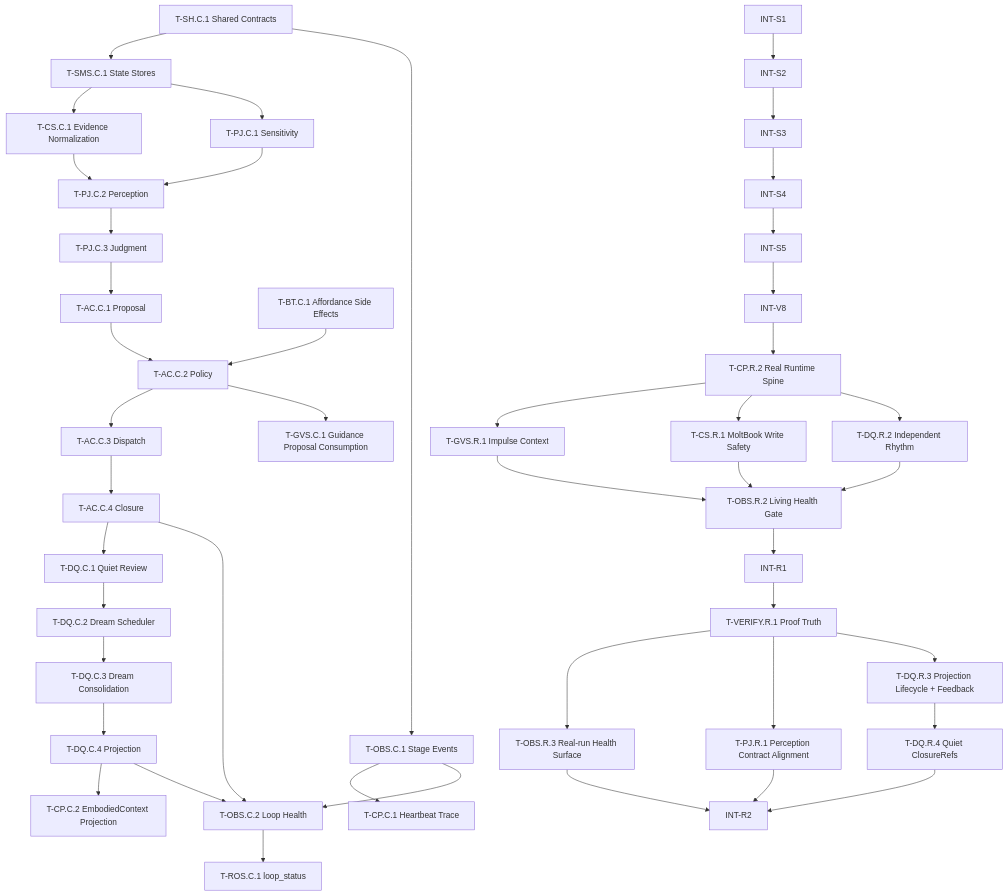
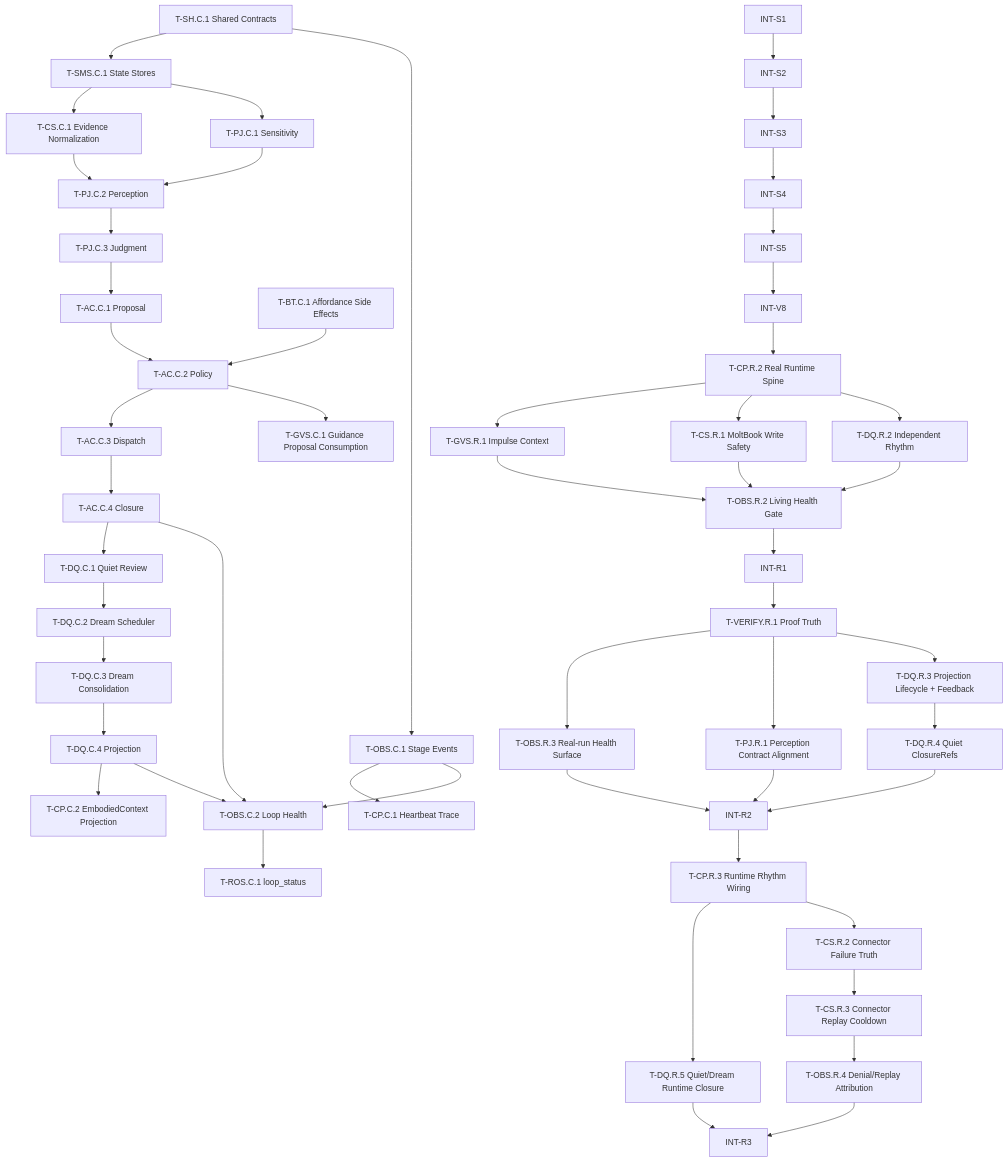
The diagram in .anws/v8/05A_TASKS.md (Haaaiawd/Second-Nature), drawn with Mermaid before and after one commit. The commit also changed other lines of this file and 9 other files, not shown here.

Commit message:
feat(control-plane): T-CP.R.3 — wire daily rhythm advancement into heartbeat runtime

````diff
--- a/.anws/v8/05A_TASKS.md
+++ b/.anws/v8/05A_TASKS.md
@@ -13,47 +13,54 @@
 ```mermaid
 graph TD
     SH1[T-SH.C.1 Shared Contracts] --> SMS1[T-SMS.C.1 State Stores]
     SH1 --> OBS1[T-OBS.C.1 Stage Events]
     SMS1 --> CS1[T-CS.C.1 Evidence Normalization]
     SMS1 --> PJ1[T-PJ.C.1 Sensitivity]
     CS1 --> PJ2[T-PJ.C.2 Perception]
     PJ1 --> PJ2
     PJ2 --> PJ3[T-PJ.C.3 Judgment]
     OBS1 --> CP1[T-CP.C.1 Heartbeat Trace]
     PJ3 --> AC1[T-AC.C.1 Proposal]
     AC1 --> AC2[T-AC.C.2 Policy]
     BT1[T-BT.C.1 Affordance Side Effects] --> AC2
     AC2 --> AC3[T-AC.C.3 Dispatch]
     AC3 --> AC4[T-AC.C.4 Closure]
     AC4 --> DQ1[T-DQ.C.1 Quiet Review]
     DQ1 --> DQ2[T-DQ.C.2 Dream Scheduler]
     DQ2 --> DQ3[T-DQ.C.3 Dream Consolidation]
     DQ3 --> DQ4[T-DQ.C.4 Projection]
     DQ4 --> CP2[T-CP.C.2 EmbodiedContext Projection]
     OBS1 --> OBS2[T-OBS.C.2 Loop Health]
     AC4 --> OBS2
     DQ4 --> OBS2
     OBS2 --> ROS1[T-ROS.C.1 loop_status]
     AC2 --> GVS1[T-GVS.C.1 Guidance Proposal Consumption]
     INT1[INT-S1] --> INT2[INT-S2]
     INT2 --> INT3[INT-S3]
     INT3 --> INT4[INT-S4]
     INT4 --> INT5[INT-S5]
     INT5 --> INTV8[INT-V8]
     INTV8 --> CPR2[T-CP.R.2 Real Runtime Spine]
     CPR2 --> GVSR1[T-GVS.R.1 Impulse Context]
     CPR2 --> CSR1[T-CS.R.1 MoltBook Write Safety]
     CPR2 --> DQR2[T-DQ.R.2 Independent Rhythm]
     GVSR1 --> OBSR2[T-OBS.R.2 Living Health Gate]
     CSR1 --> OBSR2
     DQR2 --> OBSR2
     OBSR2 --> INTR1[INT-R1]
     INTR1 --> VERIFYR1[T-VERIFY.R.1 Proof Truth]
     VERIFYR1 --> OBSR3[T-OBS.R.3 Real-run Health Surface]
     VERIFYR1 --> PJR1[T-PJ.R.1 Perception Contract Alignment]
     VERIFYR1 --> DQR3[T-DQ.R.3 Projection Lifecycle + Feedback]
     DQR3 --> DQR4[T-DQ.R.4 Quiet ClosureRefs]
     OBSR3 --> INTR2[INT-R2]
     PJR1 --> INTR2
     DQR4 --> INTR2
+    INTR2 --> CPR3[T-CP.R.3 Runtime Rhythm Wiring]
+    CPR3 --> DQR5[T-DQ.R.5 Quiet/Dream Runtime Closure]
+    CPR3 --> CSR2[T-CS.R.2 Connector Failure Truth]
+    CSR2 --> CSR3[T-CS.R.3 Connector Replay Cooldown]
+    CSR3 --> OBSR4[T-OBS.R.4 Denial/Replay Attribution]
+    DQR5 --> INTR3[INT-R3]
+    OBSR4 --> INTR3
 ```
````
